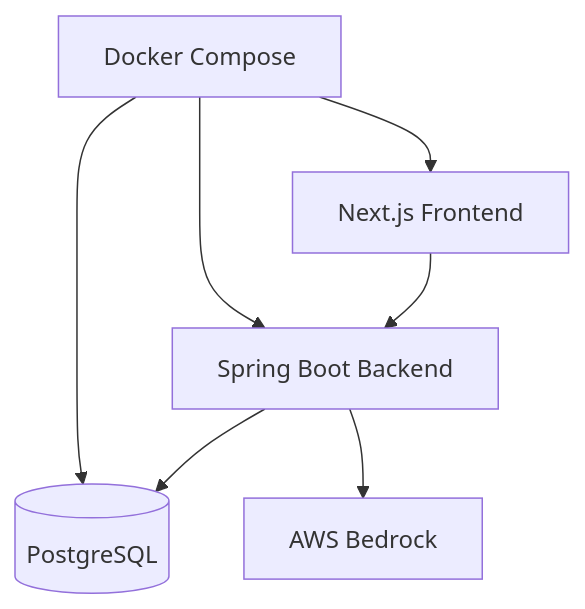
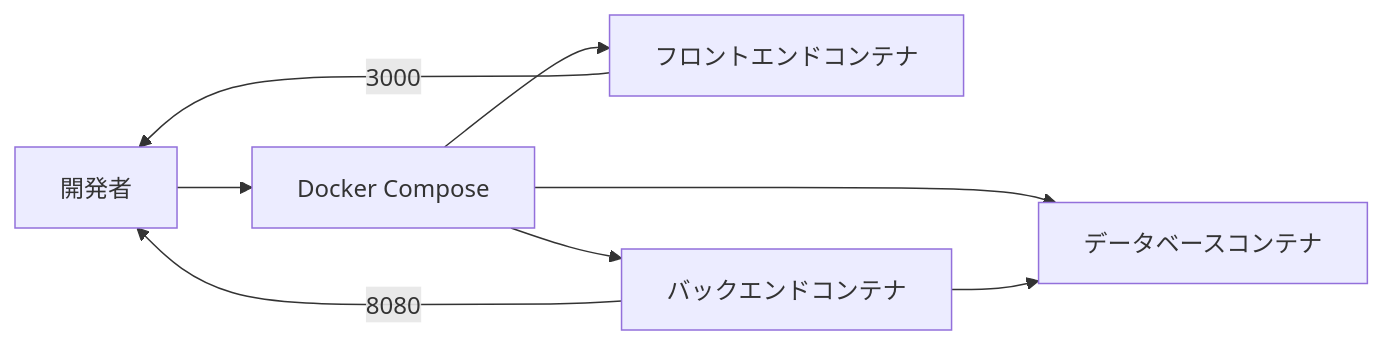
One commit to yoshi88wani/recipe-app changed the fifth of 5 diagrams in docs/operations.md. Above: the diagram before and after it, drawn with Mermaid. The commit also changed other lines of this file and 3 other files, not shown here.

````diff
--- a/docs/operations.md
+++ b/docs/operations.md
@@ -473,9 +461,11 @@
 ```mermaid
-graph TD
-    DC[Docker Compose] --> DB[(PostgreSQL)]
-    DC --> BE[Spring Boot Backend]
-    DC --> FE[Next.js Frontend]
-    BE --> AWS[AWS Bedrock]
-    FE --> BE
-    BE --> DB
+flowchart LR
+    A[開発者] --> B[Docker Compose]
+    B --> C[フロントエンドコンテナ]
+    B --> D[バックエンドコンテナ]
+    B --> E[データベースコンテナ]
+    
+    C -->|3000| A
+    D -->|8080| A
+    D --> E
 ```
````
